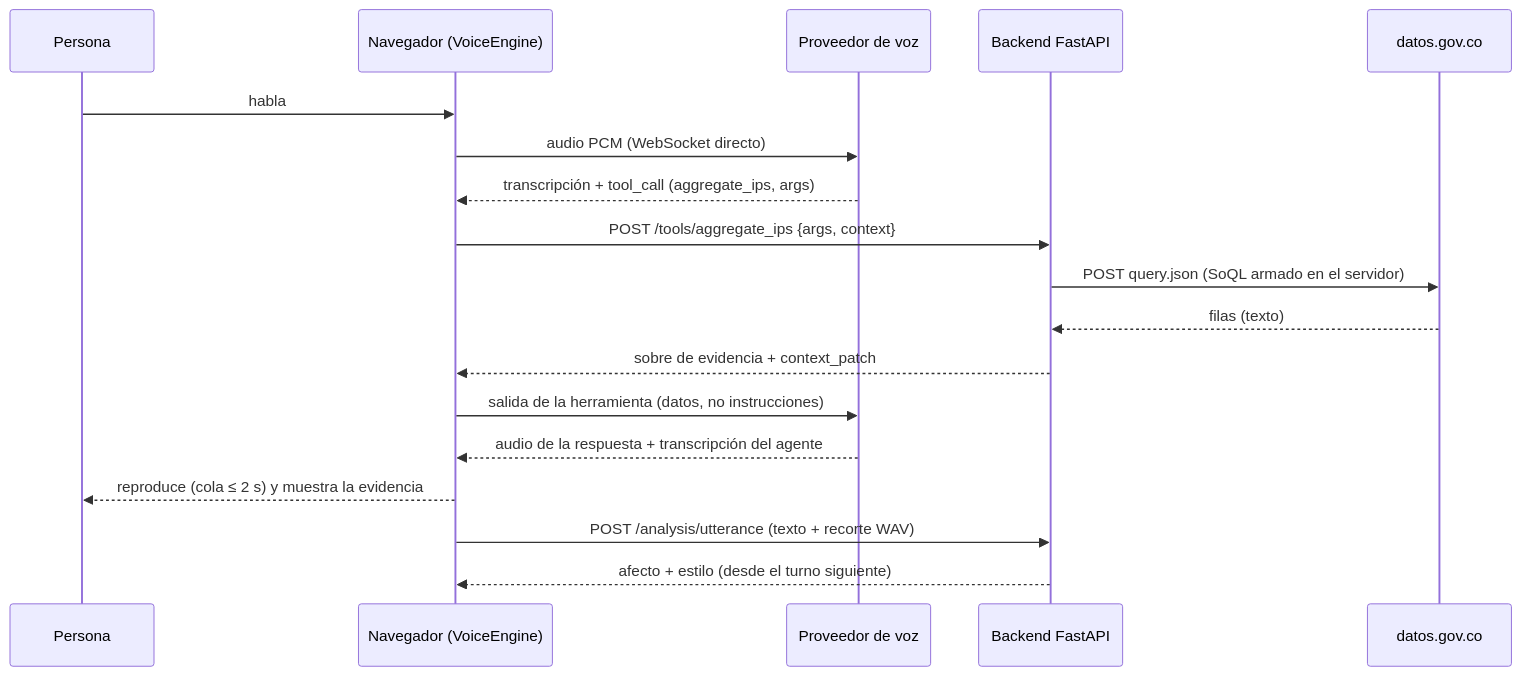
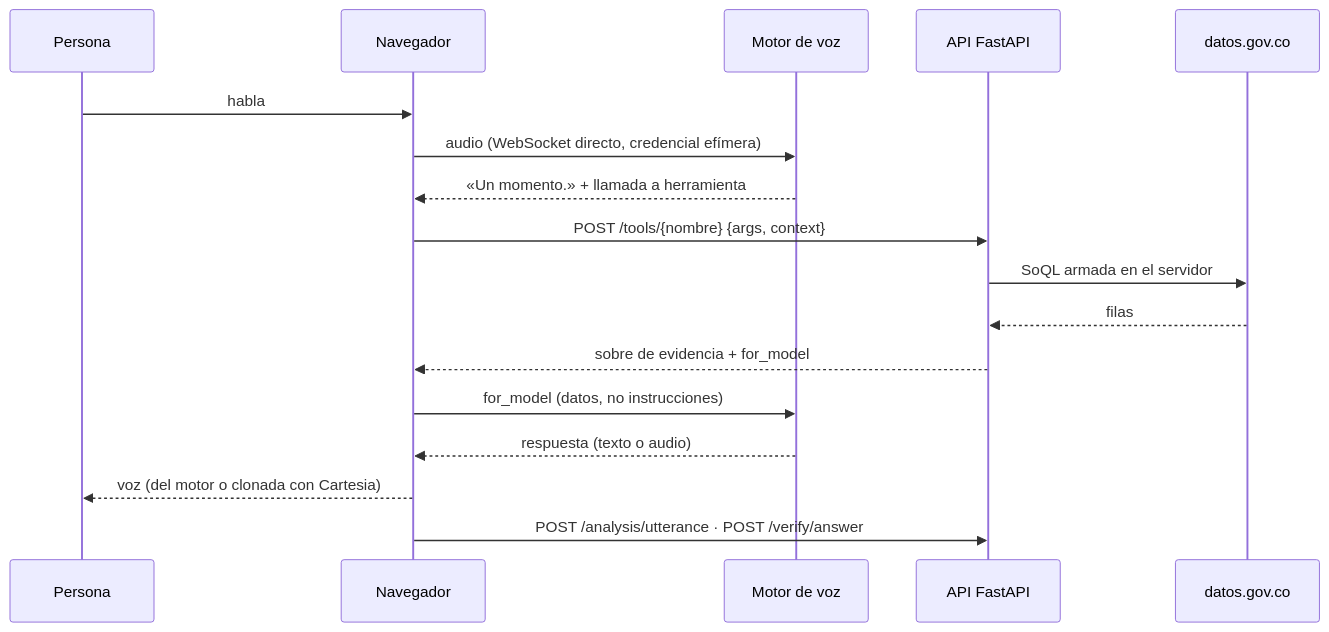
One commit to diego-juan3112/HackatonKognia changed the diagram in docs/01-arquitectura.md. Above: the diagram before and after it, drawn with Mermaid. The commit also changed other lines of this file and 107 other files, not shown here.

````diff
--- a/docs/01-arquitectura.md
+++ b/docs/01-arquitectura.md
@@ -456,20 +132,19 @@
 ```mermaid
 sequenceDiagram
     participant U as Persona
-    participant W as Navegador (VoiceEngine)
-    participant P as Proveedor de voz
-    participant B as Backend FastAPI
+    participant W as Navegador
+    participant P as Motor de voz
+    participant B as API FastAPI
     participant D as datos.gov.co
     U->>W: habla
-    W->>P: audio PCM (WebSocket directo)
-    P-->>W: transcripción + tool_call (aggregate_ips, args)
-    W->>B: POST /tools/aggregate_ips {args, context}
-    B->>D: POST query.json (SoQL armado en el servidor)
-    D-->>B: filas (texto)
-    B-->>W: sobre de evidencia + context_patch
-    W->>P: salida de la herramienta (datos, no instrucciones)
-    P-->>W: audio de la respuesta + transcripción del agente
-    W-->>U: reproduce (cola ≤ 2 s) y muestra la evidencia
-    W->>B: POST /analysis/utterance (texto + recorte WAV)
-    B-->>W: afecto + estilo (desde el turno siguiente)
+    W->>P: audio (WebSocket directo, credencial efímera)
+    P-->>W: «Un momento.» + llamada a herramienta
+    W->>B: POST /tools/{nombre} {args, context}
+    B->>D: SoQL armada en el servidor
+    D-->>B: filas
+    B-->>W: sobre de evidencia + for_model
+    W->>P: for_model (datos, no instrucciones)
+    P-->>W: respuesta (texto o audio)
+    W-->>U: voz (del motor o clonada con Cartesia)
+    W->>B: POST /analysis/utterance · POST /verify/answer
 ```
````
